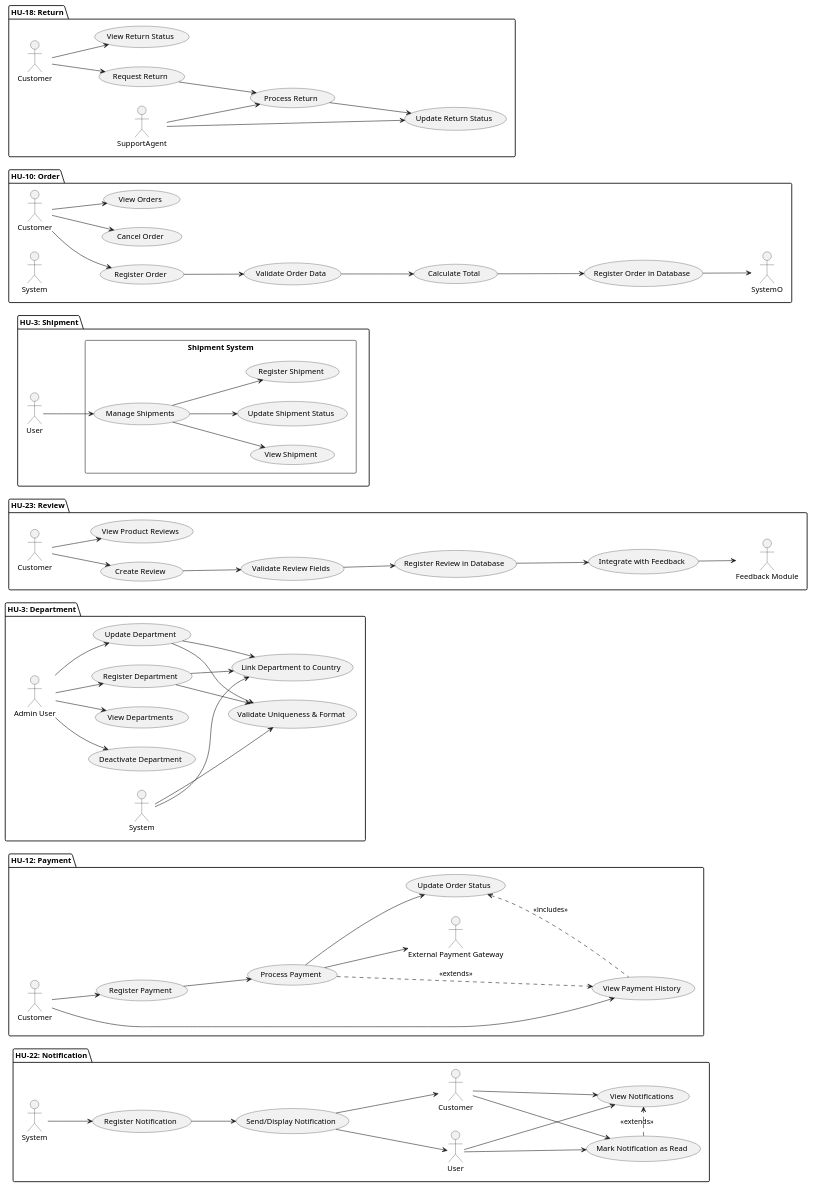
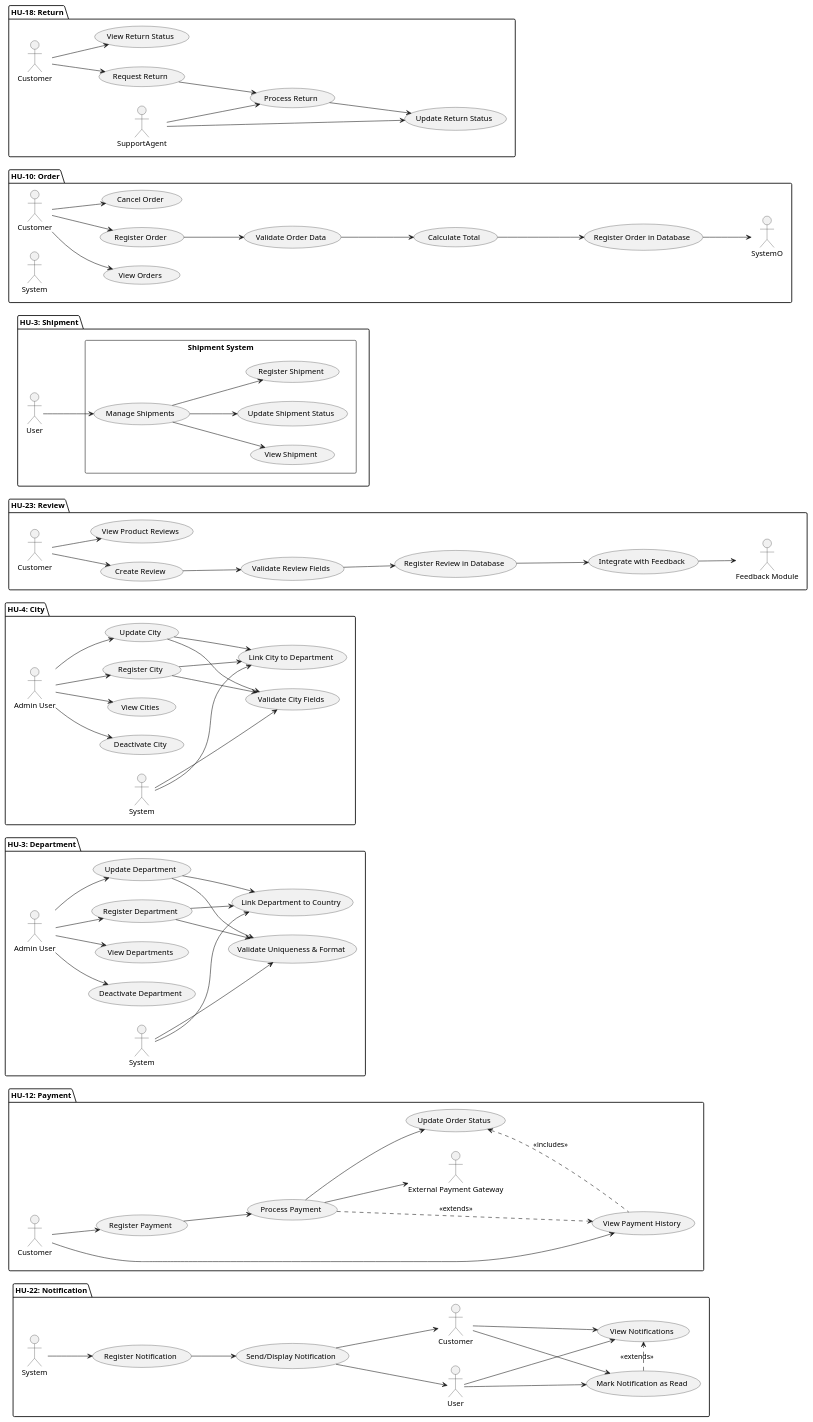
The diagram in document/architecture/usecase.wsd (code-sena/laboratory-2899747), drawn with PlantUML before and after one commit.

```diff
--- a/document/architecture/usecase.wsd
+++ b/document/architecture/usecase.wsd
@@ -32,6 +32,39 @@
 
   System_D --> UC5_D
   System_D --> UC6_D
+}
+
+' =========================================================================
+' PAQUETE: HU-4: City (Ciudad)
+' =========================================================================
+package "HU-4: City" {
+
+  ' Actores
+  actor "Admin User" as Admin_C
+  actor "System" as System_C
+
+  ' Casos de Uso
+  usecase "Register City" as UC1_C
+  usecase "Update City" as UC2_C
+  usecase "Deactivate City" as UC3_C
+  usecase "View Cities" as UC4_C
+  usecase "Validate City Fields" as UC5_C
+  usecase "Link City to Department" as UC6_C
+
+  ' Relaciones
+  Admin_C --> UC1_C
+  Admin_C --> UC2_C
+  Admin_C --> UC3_C
+  Admin_C --> UC4_C
+
+  UC1_C --> UC5_C
+  UC1_C --> UC6_C
+
+  UC2_C --> UC5_C
+  UC2_C --> UC6_C
+
+  System_C --> UC5_C
+  System_C --> UC6_C
 }
 
 ' =========================================================================
@@ -181,4 +214,6 @@
   UCR3 --> UCR4
 }
 
+
+
 @enduml
```
